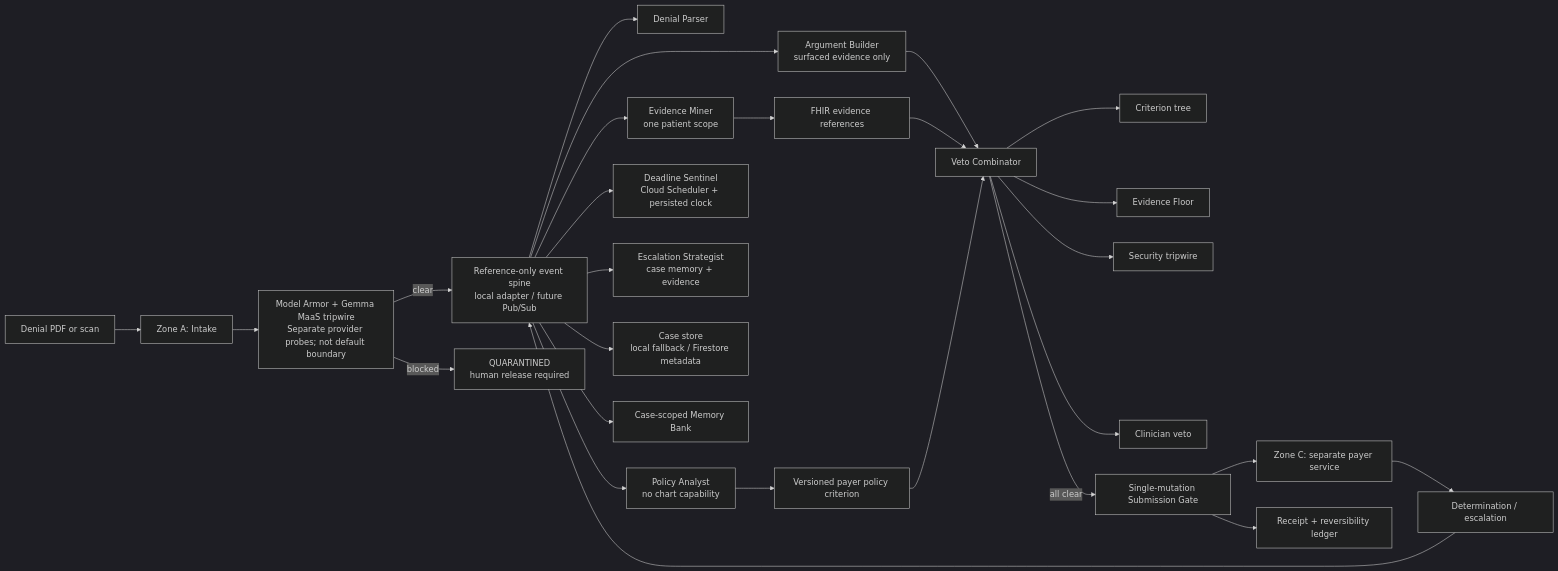
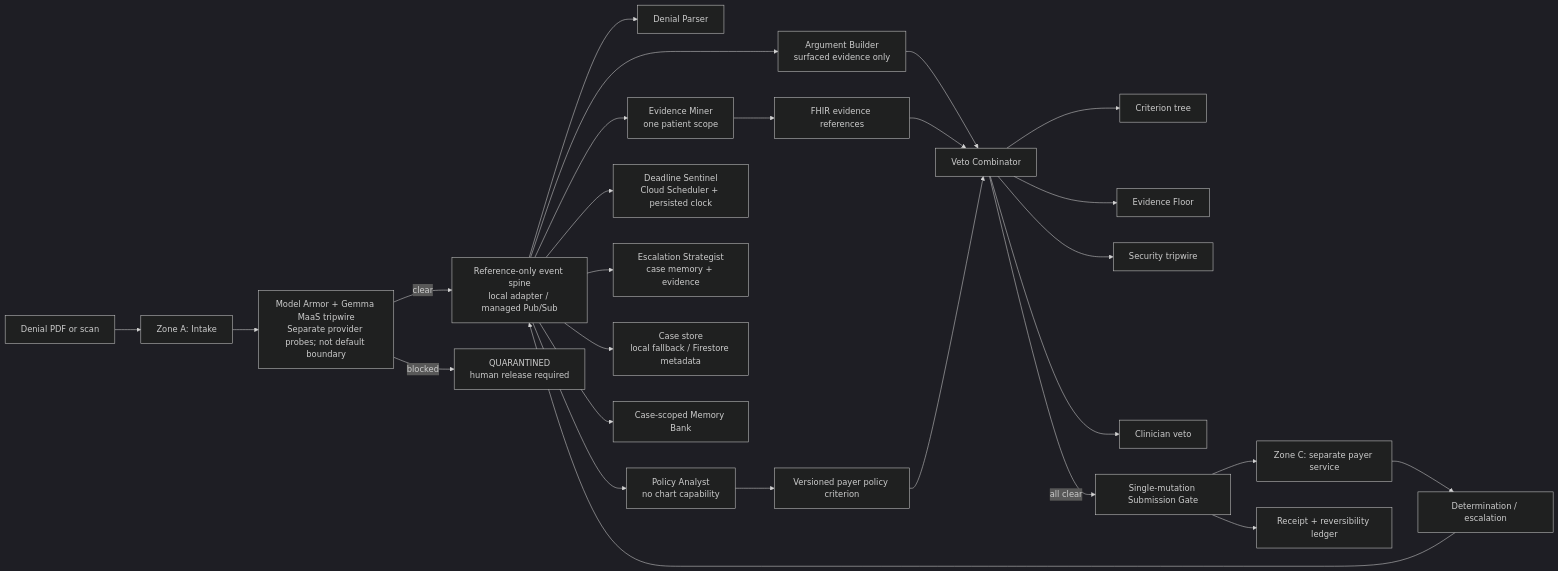
The diagram in docs/ARCHITECTURE.md (Jennycruzy/Appeal), drawn with Mermaid (dark theme) before and after one commit. The commit also changed other lines of this file and 21 other files, not shown here.

Commit message:
feat: connect Pub/Sub to managed agent runtime

````diff
--- a/docs/ARCHITECTURE.md
+++ b/docs/ARCHITECTURE.md
@@ -17,32 +21,32 @@
 ```mermaid
 flowchart LR
     D[Denial PDF or scan] --> A[Zone A: Intake]
     A --> MA[Model Armor + Gemma MaaS tripwire\nSeparate provider probes; not default boundary]
-    MA -->|clear| E[Reference-only event spine\nlocal adapter / future Pub/Sub]
+    MA -->|clear| E[Reference-only event spine\nlocal adapter / managed Pub/Sub]
     MA -->|blocked| Q[QUARANTINED\nhuman release required]
 
     E --> DP[Denial Parser]
     E --> PA[Policy Analyst\nno chart capability]
     E --> EM[Evidence Miner\none patient scope]
     E --> AB[Argument Builder\nsurfaced evidence only]
     E --> DS[Deadline Sentinel\nCloud Scheduler + persisted clock]
     E --> ES[Escalation Strategist\ncase memory + evidence]
 
     EM --> F[FHIR evidence references]
     PA --> P[Versioned payer policy criterion]
     AB --> V[Veto Combinator]
     F --> V
     P --> V
     V --> CT[Criterion tree]
     V --> EF[Evidence Floor]
     V --> SG[Security tripwire]
     V --> CL[Clinician veto]
     V -->|all clear| G[Single-mutation Submission Gate]
     G --> C[Zone C: separate payer service]
     C --> R[Determination / escalation]
     R --> E
 
     E --> S[Case store\nlocal fallback / Firestore metadata]
     E --> M[Case-scoped Memory Bank]
     G --> L[Receipt + reversibility ledger]
 ```
````
